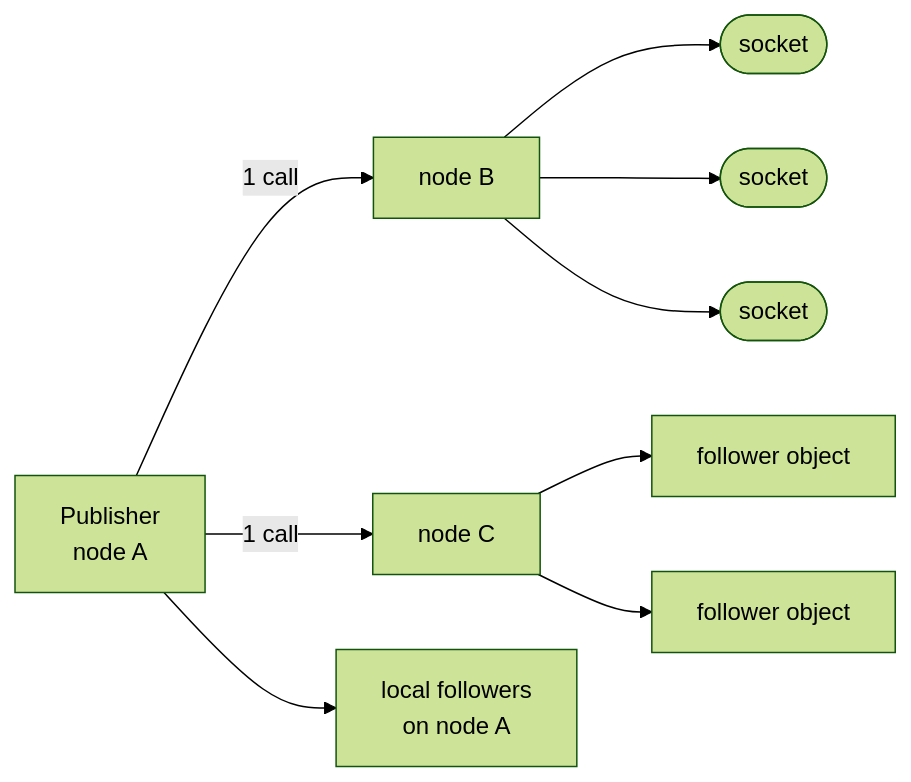
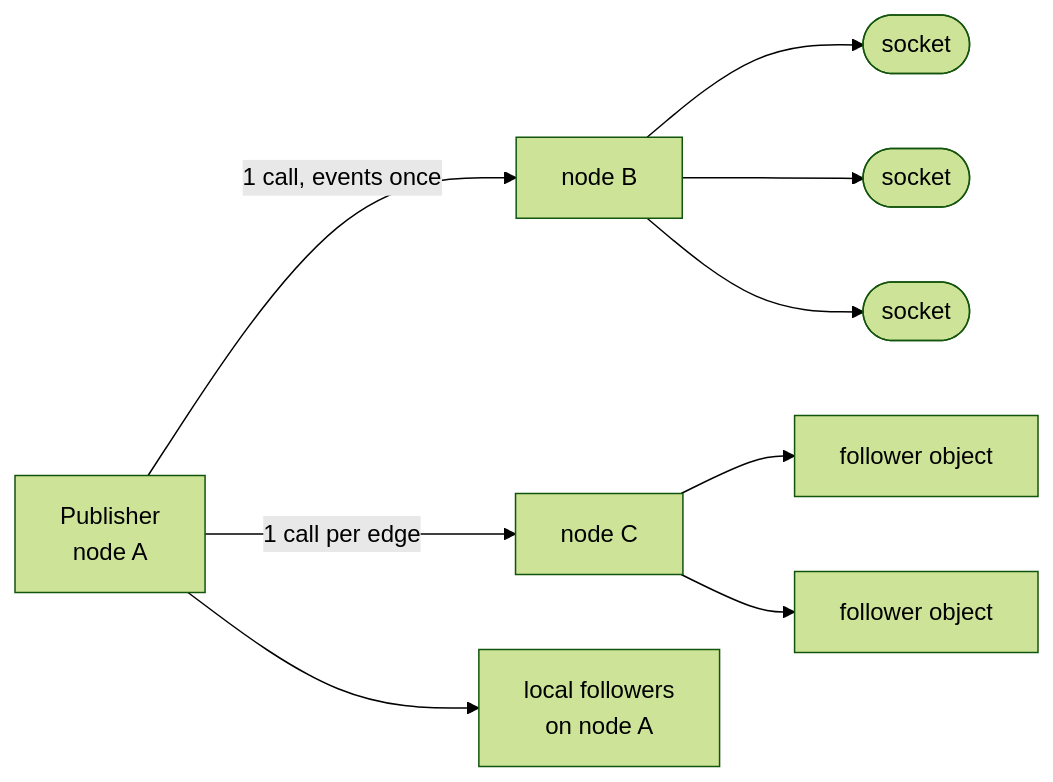
Before and after one commit to JSH32/actias: the first of 2 diagrams in actias-web/src/content/docs/internals/delivery.mdx, drawn with Mermaid (forest theme). The commit also changed other lines of this file and 21 other files, not shown here.

````diff
--- a/actias-web/src/content/docs/internals/delivery.mdx
+++ b/actias-web/src/content/docs/internals/delivery.mdx
@@ -24,8 +24,8 @@
 ```mermaid
 flowchart LR
-    P[Publisher<br/>node A] -- "1 call" --> B[node B]
-    P -- "1 call" --> C[node C]
+    P[Publisher<br/>node A] -- "1 call, events once" --> B[node B]
+    P -- "1 call per edge" --> C[node C]
     P --> L[local followers<br/>on node A]
     B --> s1([socket]) & s2([socket]) & s3([socket])
     C --> o1[follower object] & o2[follower object]
 ```
````
